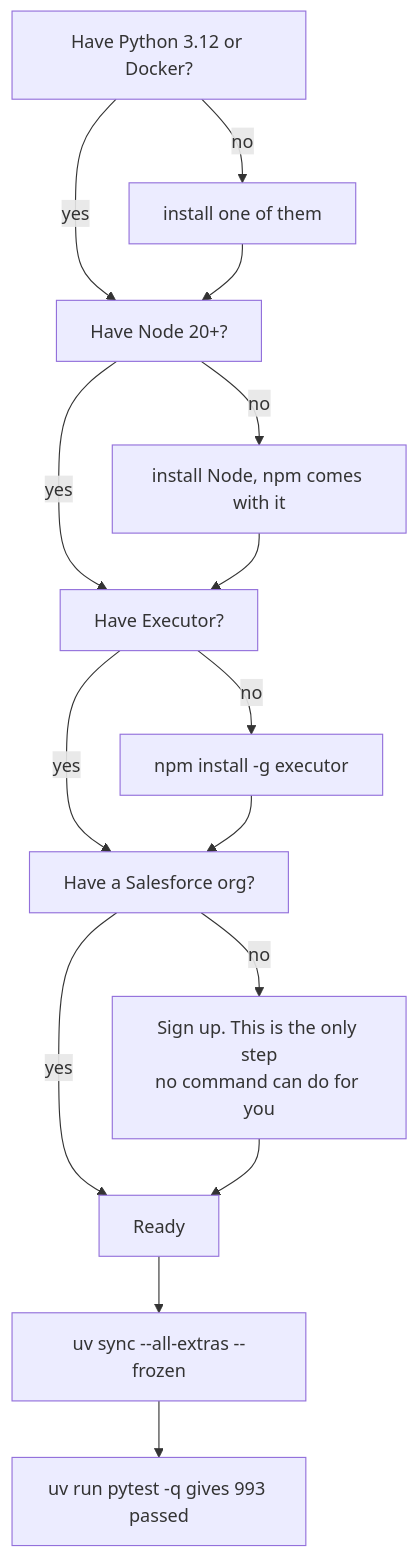
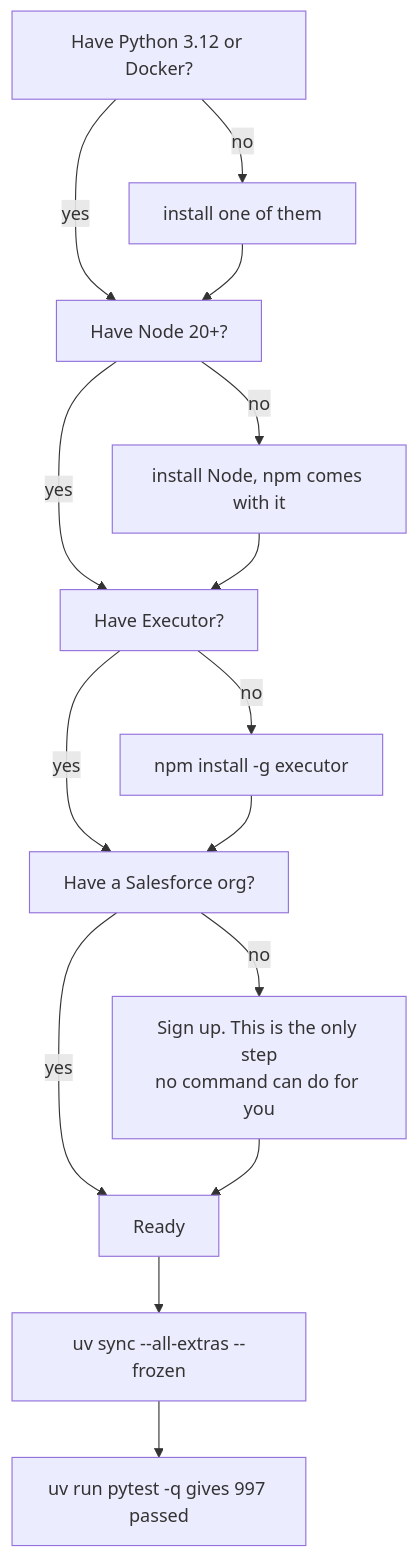
Before and after one commit to aliisaaispecialist-lang/salesforce-mcp: the first of 10 diagrams in README.md, drawn with Mermaid. The commit also changed other lines of this file, not shown here.

````diff
--- a/README.md
+++ b/README.md
@@ -168,17 +169,17 @@
 ```mermaid
 flowchart TD
     A[Have Python 3.12 or Docker?] -->|no| A1[install one of them]
     A -->|yes| B[Have Node 20+?]
     A1 --> B
     B -->|no| B1[install Node, npm comes with it]
     B -->|yes| C[Have Executor?]
     B1 --> C
     C -->|no| C1["npm install -g executor"]
     C -->|yes| D[Have a Salesforce org?]
     C1 --> D
     D -->|no| D1[Sign up. This is the only step<br/>no command can do for you]
     D -->|yes| E[Ready]
     D1 --> E
     E --> F["uv sync --all-extras --frozen"]
-    F --> G["uv run pytest -q gives 993 passed"]
+    F --> G["uv run pytest -q gives 997 passed"]
 ```
````
